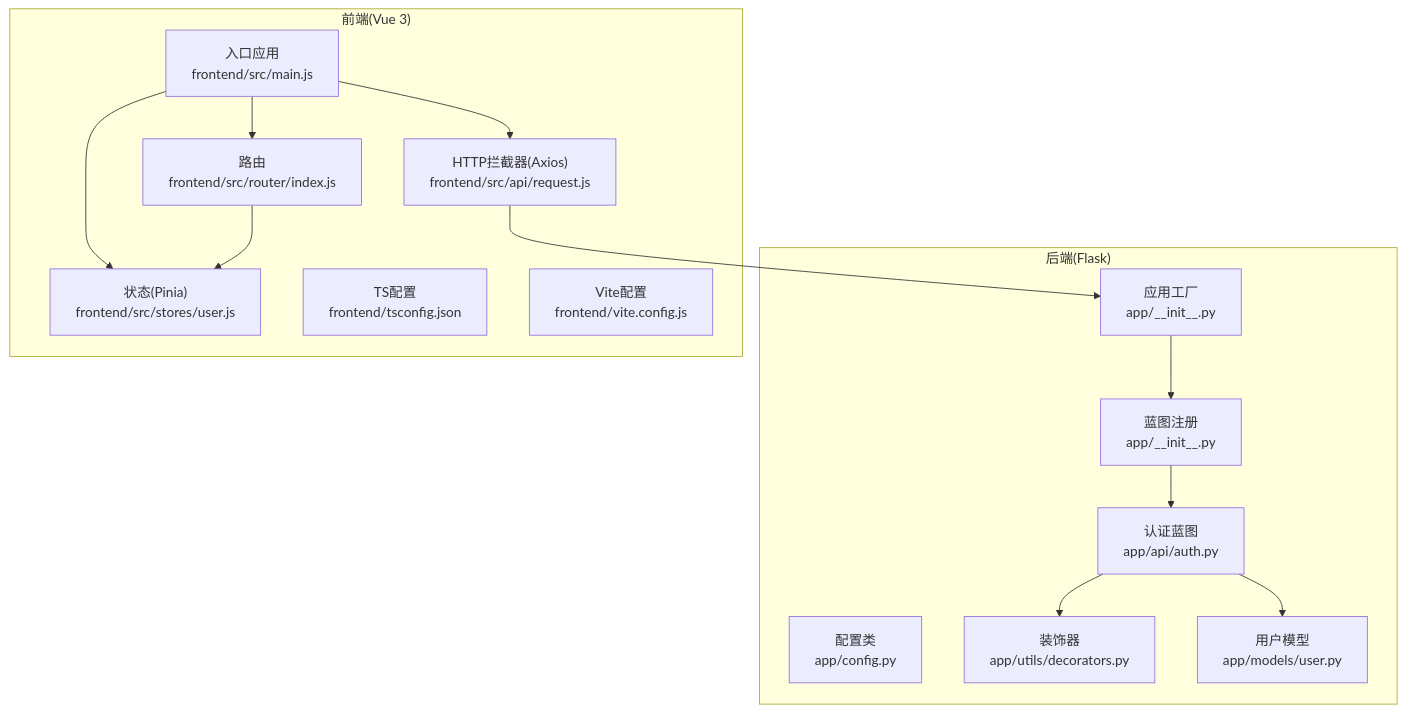
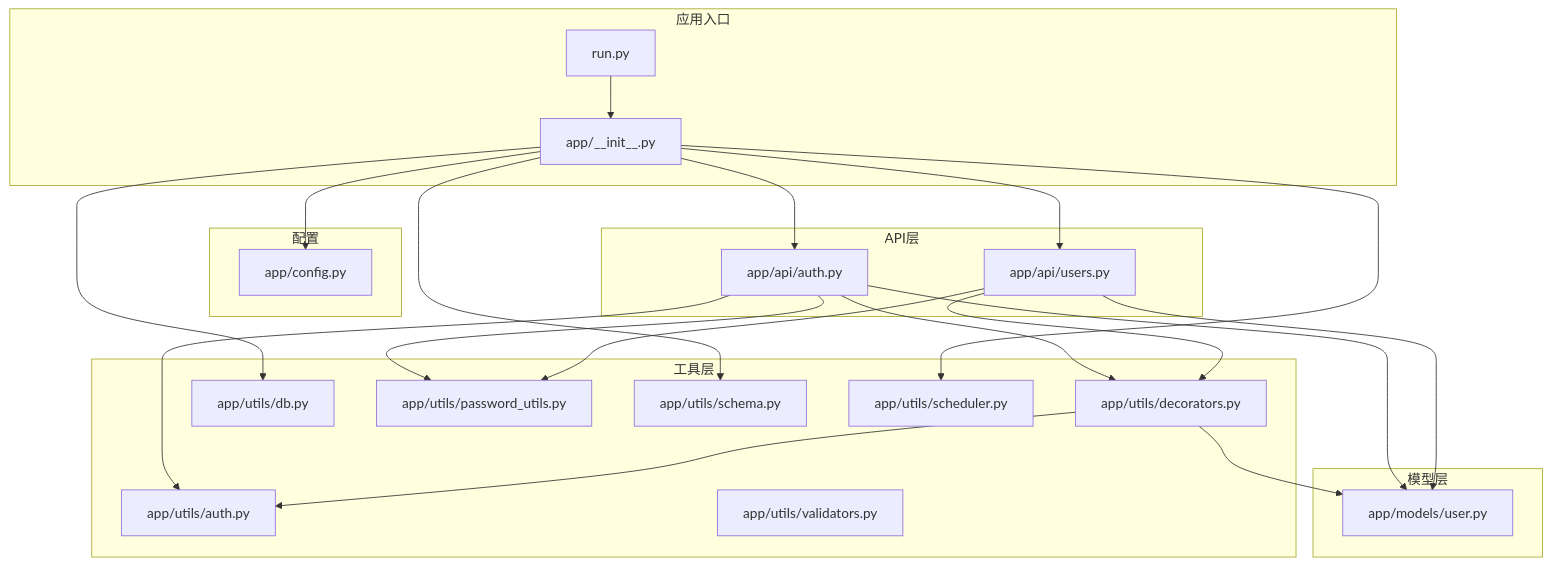
One commit to ismine3/OPS changed the first of 5 diagrams in .qoder/repowiki/zh/content/开发指南/代码规范.md. Above: the diagram before and after it, drawn with Mermaid. The commit also changed other lines of this file and 157 other files, not shown here.

````diff
--- a/.qoder/repowiki/zh/content/开发指南/代码规范.md
+++ b/.qoder/repowiki/zh/content/开发指南/代码规范.md
@@ -39,28 +46,42 @@
 ```mermaid
 graph TB
-subgraph "后端(Flask)"
-A["应用工厂<br/>app/__init__.py"]
-B["配置类<br/>app/config.py"]
-C["蓝图注册<br/>app/__init__.py"]
-D["认证蓝图<br/>app/api/auth.py"]
-E["装饰器<br/>app/utils/decorators.py"]
-F["用户模型<br/>app/models/user.py"]
+subgraph "应用入口"
+RUN["run.py"]
+APP["app/__init__.py"]
 end
-subgraph "前端(Vue 3)"
-G["入口应用<br/>frontend/src/main.js"]
-H["路由<br/>frontend/src/router/index.js"]
-I["状态(Pinia)<br/>frontend/src/stores/user.js"]
-J["HTTP拦截器(Axios)<br/>frontend/src/api/request.js"]
-K["TS配置<br/>frontend/tsconfig.json"]
-L["Vite配置<br/>frontend/vite.config.js"]
+subgraph "配置"
+CFG["app/config.py"]
 end
-A --> C
-C --> D
-D --> E
-D --> F
-G --> H
-G --> I
-G --> J
-H --> I
-J --> A
+subgraph "API层"
+AUTHBP["app/api/auth.py"]
+USERSBP["app/api/users.py"]
+end
+subgraph "模型层"
+USERMDL["app/models/user.py"]
+end
+subgraph "工具层"
+DEC["app/utils/decorators.py"]
+AUTHU["app/utils/auth.py"]
+DBU["app/utils/db.py"]
+PWU["app/utils/password_utils.py"]
+VAL["app/utils/validators.py"]
+SCH["app/utils/schema.py"]
+SCD["app/utils/scheduler.py"]
+end
+RUN --> APP
+APP --> CFG
+APP --> AUTHBP
+APP --> USERSBP
+AUTHBP --> DEC
+AUTHBP --> AUTHU
+AUTHBP --> USERMDL
+USERSBP --> DEC
+USERSBP --> USERMDL
+DEC --> AUTHU
+DEC --> USERMDL
+AUTHBP --> PWU
+USERSBP --> PWU
+APP --> DBU
+APP --> SCH
+APP --> SCD
 ```
````
